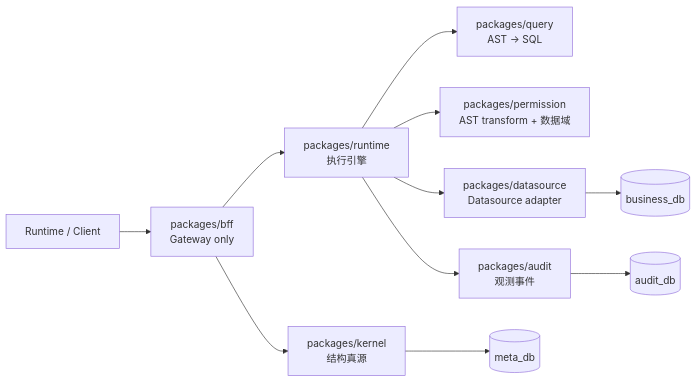
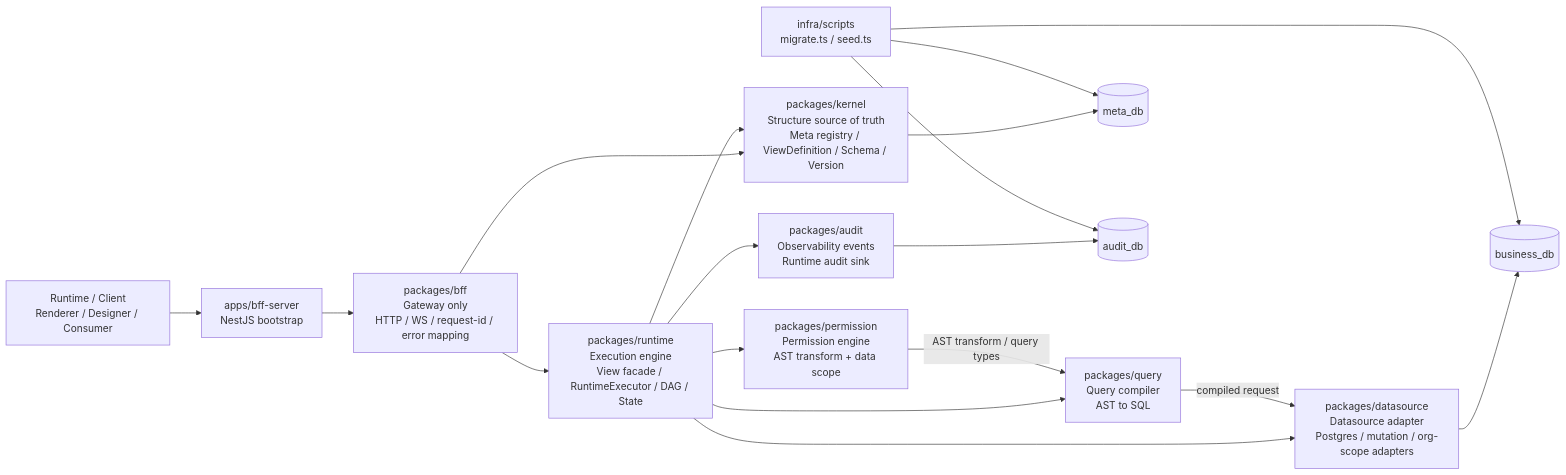
Before and after one commit to zhongmiao-org/meta-lc-platform: the diagram in README_zh.md, drawn with Mermaid. The commit also changed other lines of this file and 31 other files, not shown here.

First line of the commit message:
docs(readme): sync architecture flow boundaries (#128)

````diff
--- a/README_zh.md
+++ b/README_zh.md
@@ -13,13 +15,33 @@
 ```mermaid
 flowchart LR
-  Client["Runtime / Client"] --> BFF["packages/bff<br/>Gateway only"]
-  BFF --> Runtime["packages/runtime<br/>执行引擎"]
-  BFF --> Kernel["packages/kernel<br/>结构真源"]
-  Runtime --> Query["packages/query<br/>AST -> SQL"]
-  Runtime --> Permission["packages/permission<br/>AST transform + 数据域"]
-  Runtime --> Datasource["packages/datasource<br/>Datasource adapter"]
-  Runtime --> Audit["packages/audit<br/>观测事件"]
-  Kernel --> MetaDb[("meta_db")]
-  Datasource --> BusinessDb[("business_db")]
-  Audit --> AuditDb[("audit_db")]
+  Client["Runtime / Client<br/>Renderer / Designer / Consumer"]
+  BFFServer["apps/bff-server<br/>NestJS bootstrap"]
+  BFF["packages/bff<br/>Gateway only<br/>HTTP / WS / request-id / error mapping"]
+  Runtime["packages/runtime<br/>Execution engine<br/>View facade / RuntimeExecutor / DAG / State"]
+  Kernel["packages/kernel<br/>Structure source of truth<br/>Meta registry / ViewDefinition / Schema / Version"]
+  Query["packages/query<br/>Query compiler<br/>AST to SQL"]
+  Permission["packages/permission<br/>Permission engine<br/>AST transform + data scope"]
+  Datasource["packages/datasource<br/>Datasource adapter<br/>Postgres / mutation / org-scope adapters"]
+  Audit["packages/audit<br/>Observability events<br/>Runtime audit sink"]
+  InfraScripts["infra/scripts<br/>migrate.ts / seed.ts"]
+  MetaDb[("meta_db")]
+  BusinessDb[("business_db")]
+  AuditDb[("audit_db")]
+  Client --> BFFServer
+  BFFServer --> BFF
+  BFF --> Runtime
+  BFF --> Kernel
+  Runtime --> Kernel
+  Runtime --> Permission
+  Runtime --> Query
+  Runtime --> Datasource
+  Runtime --> Audit
+  Permission -->|"AST transform / query types"| Query
+  Query -->|"compiled request"| Datasource
+  Kernel --> MetaDb
+  Datasource --> BusinessDb
+  Audit --> AuditDb
+  InfraScripts --> MetaDb
+  InfraScripts --> BusinessDb
+  InfraScripts --> AuditDb
 ```
````
